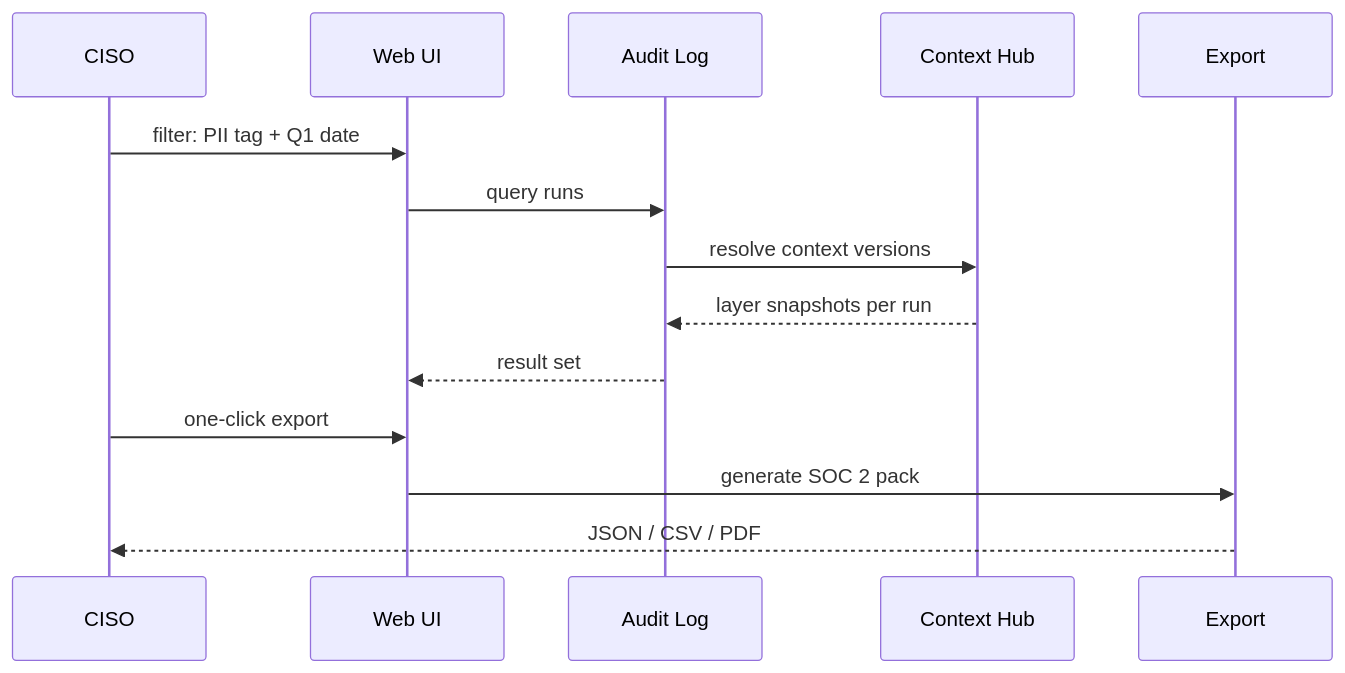
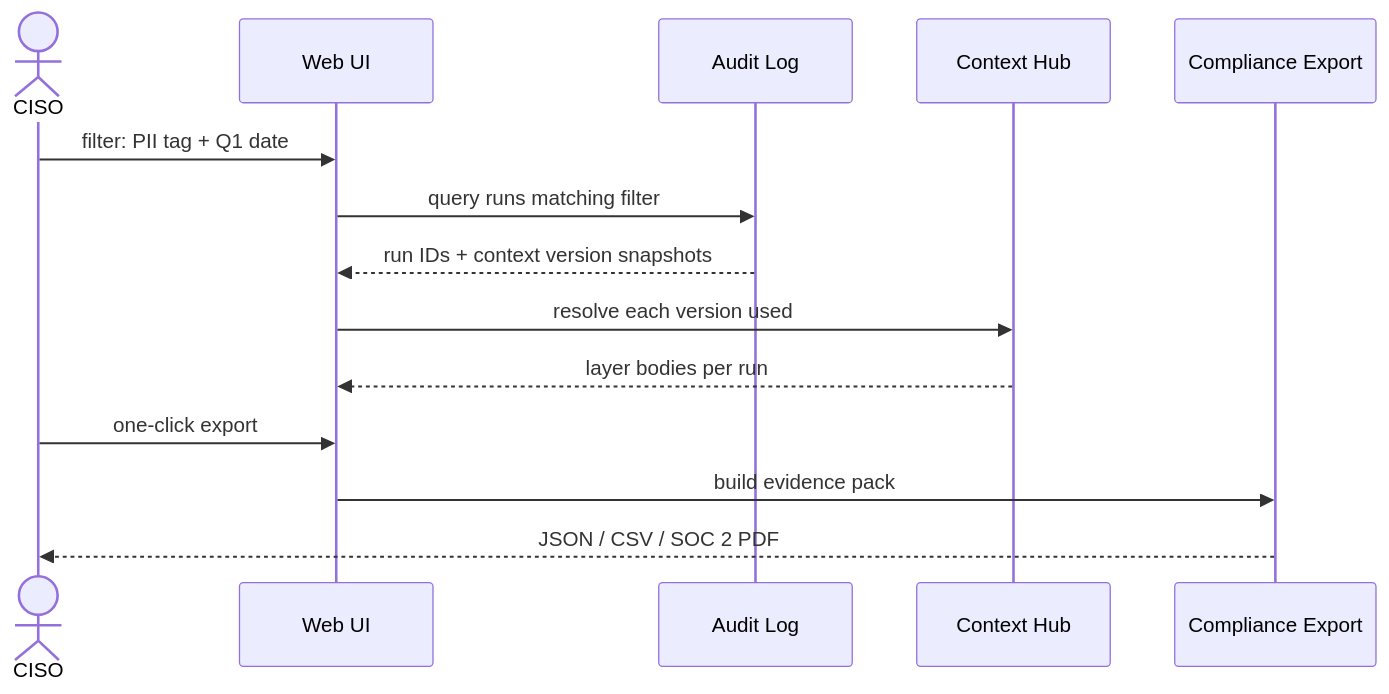
The third of 10 diagrams in core-features.md (phuc-nt/dandori-pitch), drawn with Mermaid before and after one commit. The commit also changed other lines of this file, not shown here.

Commit message:
docs: convert all workflow diagrams to sequence diagrams showing component interactions

````diff
--- a/core-features.md
+++ b/core-features.md
@@ -158,17 +174,17 @@
 ```mermaid
 sequenceDiagram
-    participant CISO
+    actor CISO
     participant UI as Web UI
     participant AL as Audit Log
     participant CH as Context Hub
-    participant Exp as Export
+    participant Exp as Compliance Export
 
     CISO->>UI: filter: PII tag + Q1 date
-    UI->>AL: query runs
-    AL->>CH: resolve context versions
-    CH-->>AL: layer snapshots per run
-    AL-->>UI: result set
+    UI->>AL: query runs matching filter
+    AL-->>UI: run IDs + context version snapshots
+    UI->>CH: resolve each version used
+    CH-->>UI: layer bodies per run
     CISO->>UI: one-click export
-    UI->>Exp: generate SOC 2 pack
-    Exp-->>CISO: JSON / CSV / PDF
+    UI->>Exp: build evidence pack
+    Exp-->>CISO: JSON / CSV / SOC 2 PDF
 ```
````
